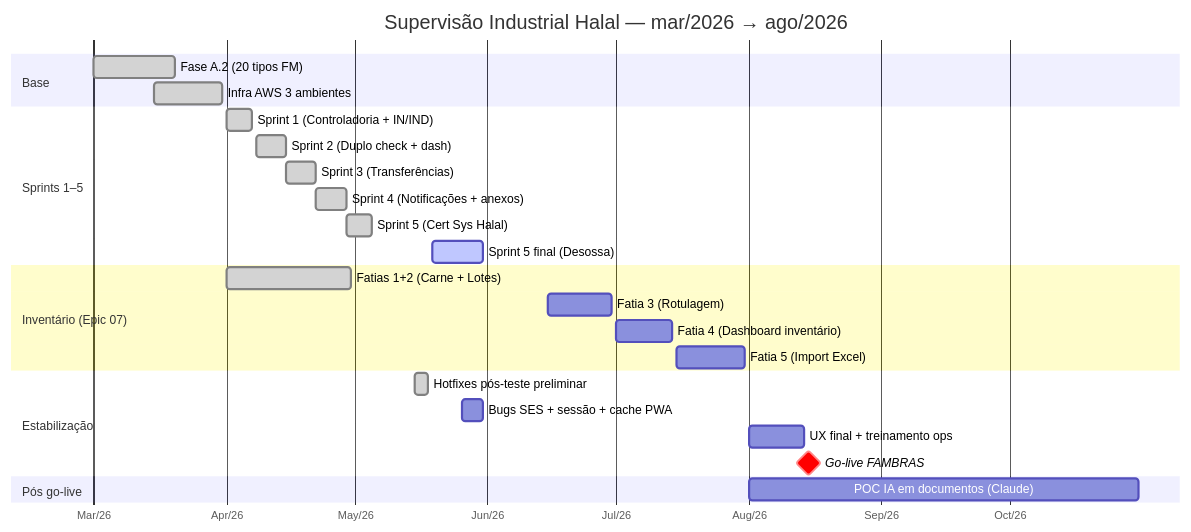
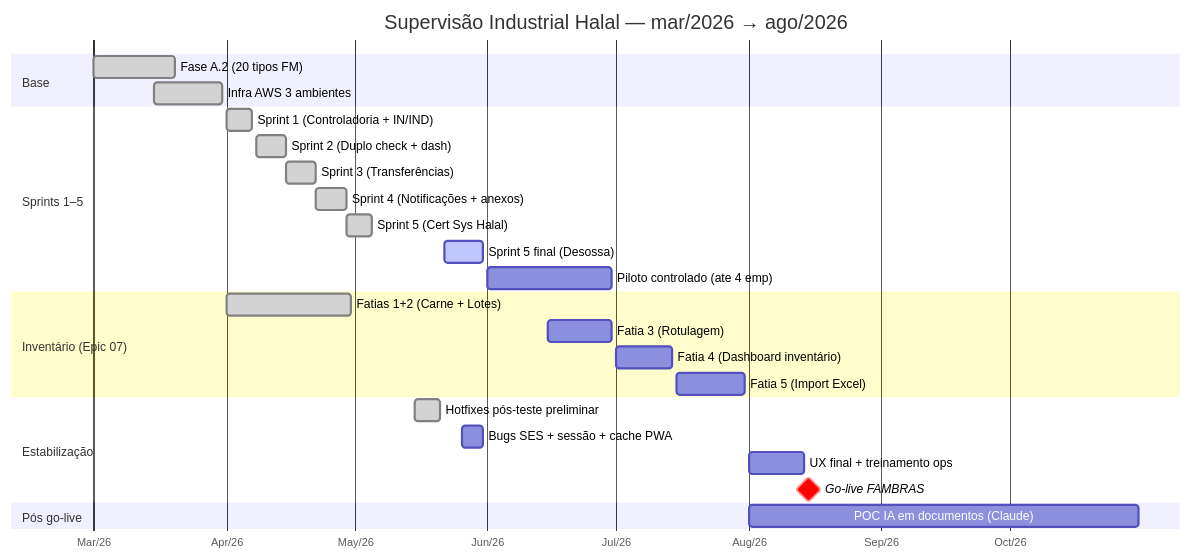
The third of 3 diagrams in PLANNING/ROADMAP-GANTT-2026.md (Ecohalal/sih-docs), drawn with Mermaid before and after one commit. The commit also changed other lines of this file and 1 other file, not shown here.

First line of the commit message:
docs(roadmap): resumo Diretoria 21/mai + Gantt atualizado + piloto SIH

````diff
--- a/PLANNING/ROADMAP-GANTT-2026.md
+++ b/PLANNING/ROADMAP-GANTT-2026.md
@@ -119,33 +120,34 @@
 ```mermaid
 gantt
     title Supervisão Industrial Halal — mar/2026 → ago/2026
     dateFormat YYYY-MM-DD
     axisFormat %b/%y
 
     section Base
     Fase A.2 (20 tipos FM)          :done, sb1, 2026-03-01, 2026-03-20
     Infra AWS 3 ambientes           :done, sb2, 2026-03-15, 2026-03-31
 
     section Sprints 1–5
     Sprint 1 (Controladoria + IN/IND) :done, ss1, 2026-04-01, 2026-04-07
     Sprint 2 (Duplo check + dash)     :done, ss2, 2026-04-08, 2026-04-15
     Sprint 3 (Transferências)         :done, ss3, 2026-04-15, 2026-04-22
     Sprint 4 (Notificações + anexos)  :done, ss4, 2026-04-22, 2026-04-29
     Sprint 5 (Cert Sys Halal)         :done, ss5, 2026-04-29, 2026-05-05
-    Sprint 5 final (Desossa)        :active, ss6, 2026-05-19, 2026-05-31
+    Sprint 5 final (Desossa)        :active, ss6, 2026-05-22, 2026-05-31
+    Piloto controlado (ate 4 emp)   :       ssp, 2026-06-01, 2026-06-30
 
     section Inventário (Epic 07)
     Fatias 1+2 (Carne + Lotes)      :done, sin1, 2026-04-01, 2026-04-30
     Fatia 3 (Rotulagem)             :       sin2, 2026-06-15, 2026-06-30
     Fatia 4 (Dashboard inventário)  :       sin3, 2026-07-01, 2026-07-14
     Fatia 5 (Import Excel)          :       sin4, 2026-07-15, 2026-07-31
 
     section Estabilização
-    Hotfixes pós-teste preliminar   :done, st1, 2026-05-15, 2026-05-18
+    Hotfixes pós-teste preliminar   :done, st1, 2026-05-15, 2026-05-21
     Bugs SES + sessão + cache PWA   :       st2, 2026-05-26, 2026-05-31
     UX final + treinamento ops      :       st3, 2026-08-01, 2026-08-14
     Go-live FAMBRAS                 :crit, milestone, st4, 2026-08-15, 0d
 
     section Pós go-live
     POC IA em documentos (Claude)   :       sp1, 2026-08-01, 2026-10-31
 ```
````
